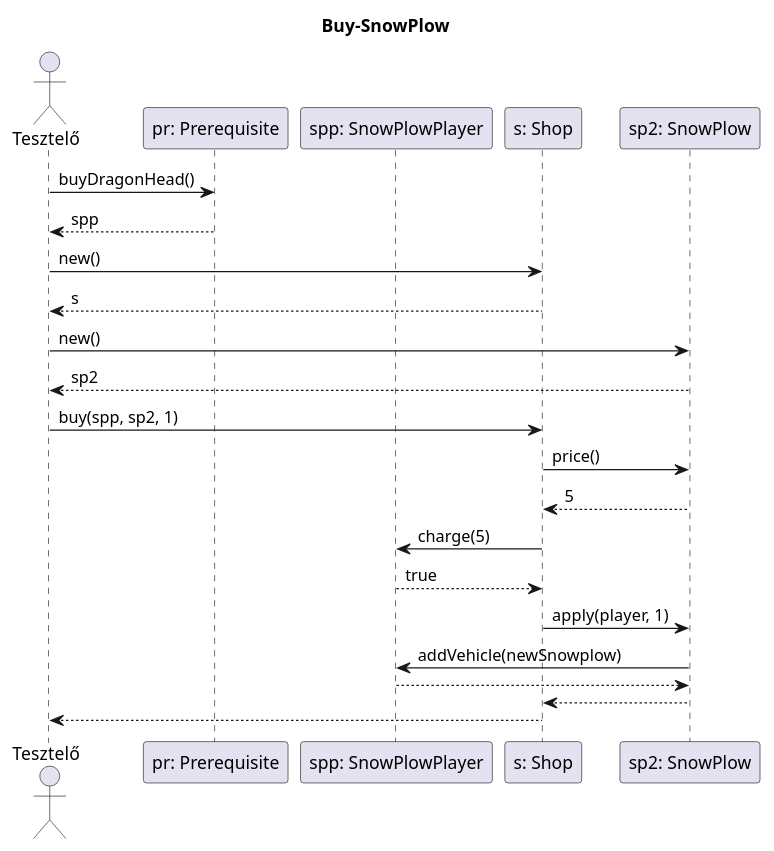
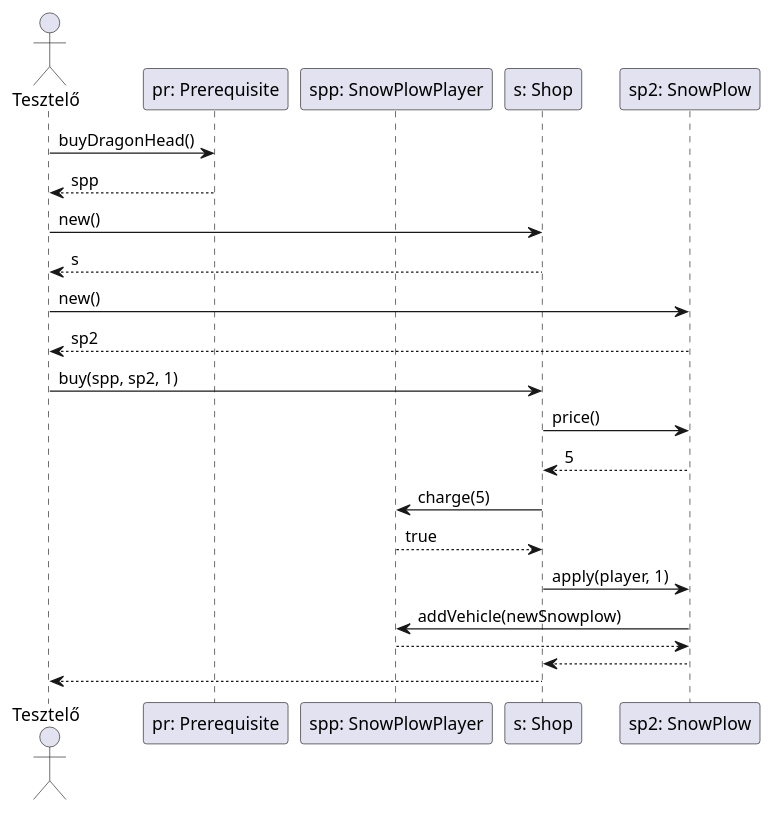
One commit to uhrinandor/spring changed the diagram in docs/skeleton/shop/buysnowplow.plantuml. Above: the diagram before and after it, drawn with PlantUML. The commit also changed 8 other files, not shown here.

```diff
--- a/docs/skeleton/shop/buysnowplow.plantuml
+++ b/docs/skeleton/shop/buysnowplow.plantuml
@@ -1,30 +1,28 @@
 @startuml
-title Buy-SnowPlow
-
 actor "Tesztelő" as tester
 participant "pr: Prerequisite" as preq
 participant "spp: SnowPlowPlayer" as player
 participant "s: Shop" as shop
 participant "sp2: SnowPlow" as newSnowplow
 
 tester -> preq: buyDragonHead()
 preq --> tester: spp
 tester -> shop: new()
 shop --> tester: s
 tester -> newSnowplow: new()
 newSnowplow --> tester: sp2
 tester -> shop: buy(spp, sp2, 1)
 
 shop -> newSnowplow: price()
 newSnowplow --> shop: 5
 shop -> player: charge(5)
 player --> shop: true
 shop -> newSnowplow: apply(player, 1)
 
 newSnowplow -> player: addVehicle(newSnowplow)
 player --> newSnowplow
 
 newSnowplow --> shop:
 shop --> tester: 
 
 @enduml
```
